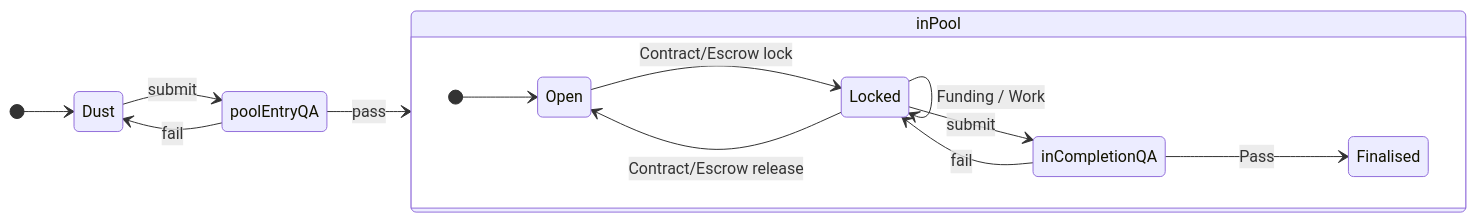
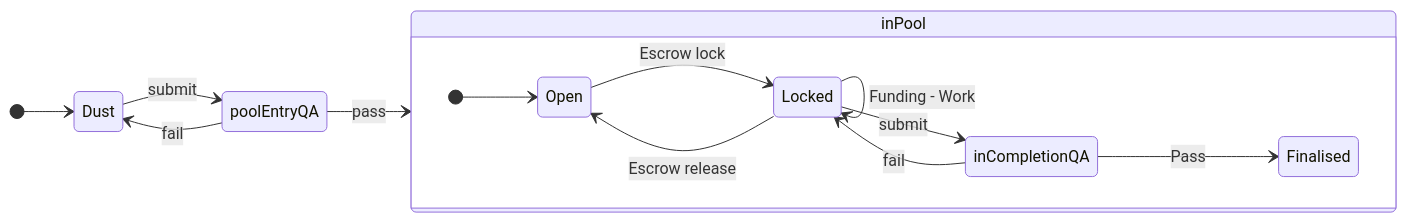
One commit to dreamcatcher-tech/network changed the diagram in website/nfas/Ideas/I11.md. Above: the diagram before and after it, drawn with Mermaid.

````diff
--- a/website/nfas/Ideas/I11.md
+++ b/website/nfas/Ideas/I11.md
@@ -22,24 +22,24 @@
 ```mermaid
 
 stateDiagram
     direction LR
 
     
     [*] --> Dust
     Dust --> poolEntryQA : submit
     poolEntryQA --> Dust : fail
     poolEntryQA --> inPool : pass
     state inPool {
       direction LR
     [*] --> Open
       inCompletionQA --> Locked : fail
       Locked --> inCompletionQA : submit
-      Open --> Locked : Contract/Escrow lock
-      Locked --> Open : Contract/Escrow release
-      Locked --> Locked : Funding / Work
+      Open --> Locked : Escrow lock
+      Locked --> Open : Escrow release
+      Locked --> Locked : Funding - Work
     inCompletionQA --> Finalised : Pass
     }
     
 
 
 ```
````
